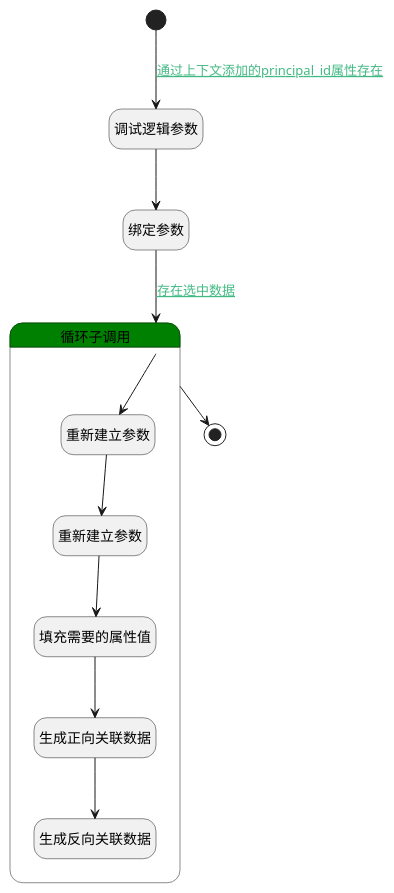
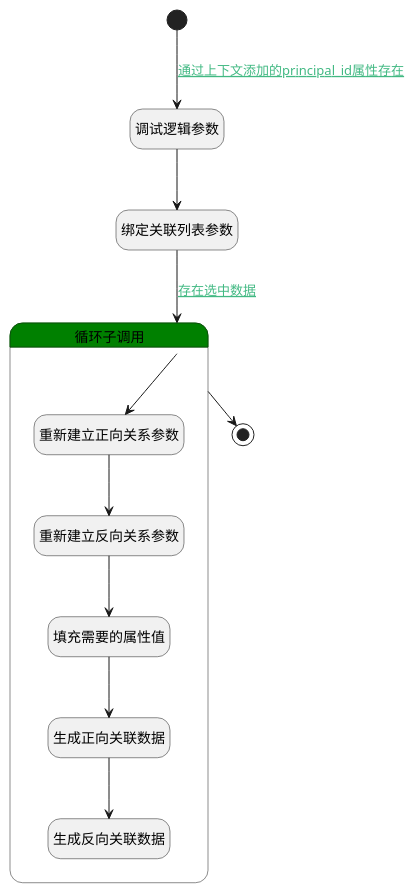
Before and after one commit to iBizLab/plm: the diagram in doc/docsify/module/Base/relation/logic/program_test_case.md, drawn with PlantUML. The commit also changed other lines of this file and 1778 other files, not shown here.

````diff
--- a/doc/docsify/module/Base/relation/logic/program_test_case.md
+++ b/doc/docsify/module/Base/relation/logic/program_test_case.md
@@ -7,36 +7,36 @@
 ```plantuml
 @startuml
 hide empty description
 <style>
 root {
   HyperlinkColor #42b983
 }
 </style>
 
 hide empty description
 state "开始" as Begin <<start>> [[$./program_test_case#begin {"开始"}]]
 state "调试逻辑参数" as DEBUGPARAM1  [[$./program_test_case#debugparam1 {"调试逻辑参数"}]]
-state "绑定参数" as BINDPARAM1  [[$./program_test_case#bindparam1 {"绑定参数"}]]
+state "绑定关联列表参数" as BINDPARAM1  [[$./program_test_case#bindparam1 {"绑定关联列表参数"}]]
 state "结束" as END1 <<end>> [[$./program_test_case#end1 {"结束"}]]
 state "循环子调用" as LOOPSUBCALL1  [[$./program_test_case#loopsubcall1 {"循环子调用"}]] #green {
-state "重新建立参数" as RENEWPARAM1  [[$./program_test_case#renewparam1 {"重新建立参数"}]]
-state "重新建立参数" as RENEWPARAM2  [[$./program_test_case#renewparam2 {"重新建立参数"}]]
+state "重新建立正向关系参数" as RENEWPARAM1  [[$./program_test_case#renewparam1 {"重新建立正向关系参数"}]]
+state "重新建立反向关系参数" as RENEWPARAM2  [[$./program_test_case#renewparam2 {"重新建立反向关系参数"}]]
 state "填充需要的属性值" as PREPAREPARAM1  [[$./program_test_case#prepareparam1 {"填充需要的属性值"}]]
 state "生成正向关联数据" as DEACTION1  [[$./program_test_case#deaction1 {"生成正向关联数据"}]]
 state "生成反向关联数据" as DEACTION2  [[$./program_test_case#deaction2 {"生成反向关联数据"}]]
 }
 
 
 Begin --> DEBUGPARAM1 : [[$./program_test_case#begin-debugparam1{通过上下文添加的principal_id属性存在} 通过上下文添加的principal_id属性存在]]
 DEBUGPARAM1 --> BINDPARAM1
 BINDPARAM1 --> LOOPSUBCALL1 : [[$./program_test_case#bindparam1-loopsubcall1{存在选中数据} 存在选中数据]]
 LOOPSUBCALL1 --> RENEWPARAM1
 RENEWPARAM1 --> RENEWPARAM2
 RENEWPARAM2 --> PREPAREPARAM1
 PREPAREPARAM1 --> DEACTION1
 DEACTION1 --> DEACTION2
 LOOPSUBCALL1 --> END1
 
 
 @enduml
 ```
````
